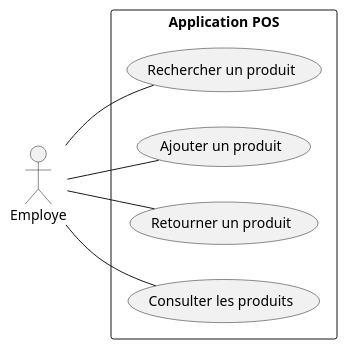
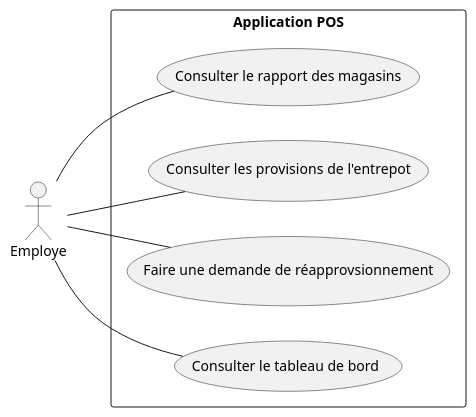
The diagram in docs/UML/VueCasUtilisation.puml (Jonathan-Lorfils/LOG430-Lab), drawn with PlantUML before and after one commit. The commit also changed 9 other files, not shown here.

```diff
--- a/docs/UML/VueCasUtilisation.puml
+++ b/docs/UML/VueCasUtilisation.puml
@@ -1,14 +1,14 @@
 @startuml VueCasUtilisation
 left to right direction
 actor "Employe" as e
 rectangle "Application POS" {
-  usecase "Rechercher un produit" as UC1
-  usecase "Ajouter un produit" as UC2
-  usecase "Retourner un produit" as UC3
-  usecase "Consulter les produits" as UC4
+  usecase "Consulter le rapport des magasins" as UC1
+  usecase "Consulter les provisions de l'entrepot" as UC2
+  usecase "Faire une demande de réapprovsionnement" as UC3
+  usecase "Consulter le tableau de bord" as UC4
 }
 e -- UC1
 e -- UC2
 e -- UC3
 e -- UC4
 @enduml
```
